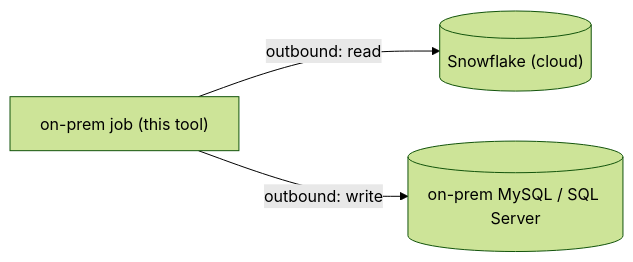
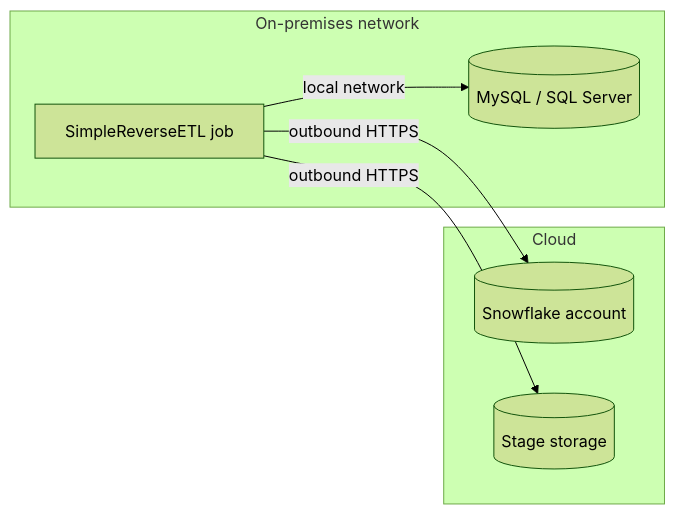
Before and after one commit to sfc-gh-mwalli/simple-reverse-etl: the diagram in README.md, drawn with Mermaid (forest theme). The commit also changed other lines of this file and 4 other files, not shown here.

````diff
--- a/README.md
+++ b/README.md
@@ -43,8 +37,14 @@
 ```mermaid
 flowchart LR
-  SF[("Snowflake (cloud)")]
-  onprem["on-prem job (this tool)"]
-  DB[("on-prem MySQL / SQL Server")]
-  onprem -->|"outbound: read"| SF
-  onprem -->|"outbound: write"| DB
+  subgraph onprem [On-premises network]
+    job["SimpleReverseETL job"]
+    db[("MySQL / SQL Server")]
+  end
+  subgraph cloud [Cloud]
+    sf[("Snowflake account")]
+    stg[("Stage storage")]
+  end
+  job -->|"outbound HTTPS"| sf
+  job -->|"outbound HTTPS"| stg
+  job -->|"local network"| db
 ```
````
